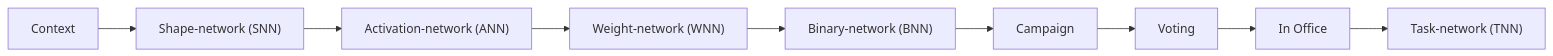
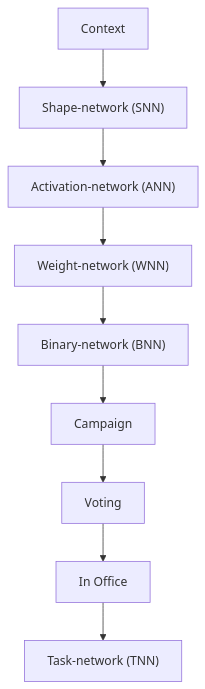
Before and after one commit to ghetea-patrick/jitml: the first of 3 diagrams in README.md, drawn with Mermaid.

Commit message:
Change flowchart direction in Task Generation Flow
Updated flowchart direction from LR to TB in README.

````diff
--- a/README.md
+++ b/README.md
@@ -51,11 +51,11 @@
 ```mermaid
-flowchart LR
+flowchart TB
     Context["Context"] --> SNN["Shape-network (SNN)"]
     SNN --> ANN["Activation-network (ANN)"]
     ANN --> WNN["Weight-network (WNN)"]
     WNN --> BNN["Binary-network (BNN)"]
     BNN --> Campaign["Campaign"]
     Campaign --> Voting["Voting"]
     Voting --> InOffice["In Office"]
     InOffice --> TNN["Task-network (TNN)"]
 ```
````
